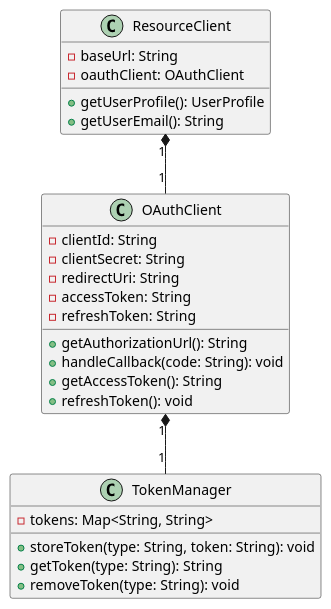
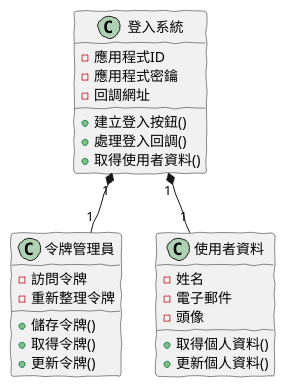
Before and after one commit to fine5351/info-sync: the second of 3 diagrams in doc/learning/architecture/oauth2_tutorial.md, drawn with PlantUML. The commit also changed other lines of this file and 35 other files, not shown here.

````diff
--- a/doc/learning/architecture/oauth2_tutorial.md
+++ b/doc/learning/architecture/oauth2_tutorial.md
@@ -103,33 +91,35 @@
 ```plantuml
 @startuml
-class OAuthClient {
-    -clientId: String
-    -clientSecret: String
-    -redirectUri: String
-    -accessToken: String
-    -refreshToken: String
-    +getAuthorizationUrl(): String
-    +handleCallback(code: String): void
-    +getAccessToken(): String
-    +refreshToken(): void
+skinparam backgroundColor white
+skinparam handwritten true
+
+class "登入系統" as LoginSystem {
+    - 應用程式ID
+    - 應用程式密鑰
+    - 回調網址
+    + 建立登入按鈕()
+    + 處理登入回調()
+    + 取得使用者資料()
 }
 
-class TokenManager {
-    -tokens: Map<String, String>
-    +storeToken(type: String, token: String): void
-    +getToken(type: String): String
-    +removeToken(type: String): void
+class "令牌管理員" as TokenManager {
+    - 訪問令牌
+    - 重新整理令牌
+    + 儲存令牌()
+    + 取得令牌()
+    + 更新令牌()
 }
 
-class ResourceClient {
-    -baseUrl: String
-    -oauthClient: OAuthClient
-    +getUserProfile(): UserProfile
-    +getUserEmail(): String
+class "使用者資料" as UserData {
+    - 姓名
+    - 電子郵件
+    - 頭像
+    + 取得個人資料()
+    + 更新個人資料()
 }
 
-OAuthClient "1" *-- "1" TokenManager
-ResourceClient "1" *-- "1" OAuthClient
+LoginSystem "1" *-- "1" TokenManager
+LoginSystem "1" *-- "1" UserData
 
 @enduml
 ```
````
